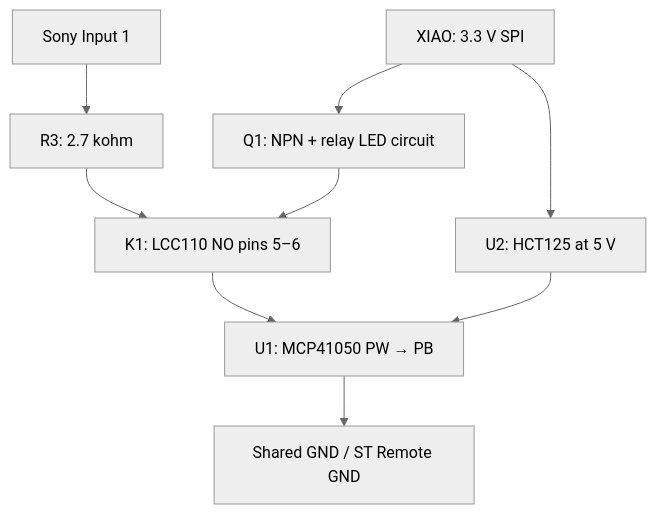
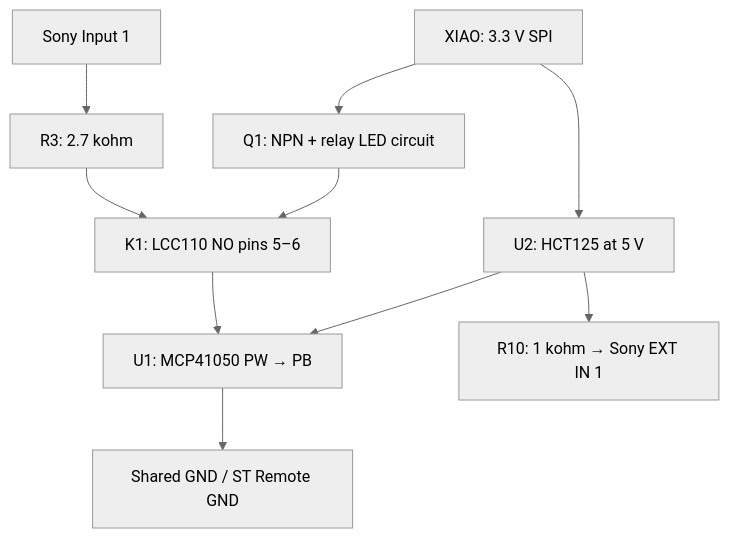
The diagram in docs/sony-interface.md (dorkusprime/miata-remote-control-knob), drawn with Mermaid (neutral theme) before and after one commit. The commit also changed other lines of this file and 18 other files, not shown here.

````diff
--- a/docs/sony-interface.md
+++ b/docs/sony-interface.md
@@ -34,11 +34,12 @@
 ```mermaid
 flowchart TD
     S["Sony Input 1"] --> R["R3: 2.7 kohm"]
     R --> K["K1: LCC110 NO pins 5–6"]
     K --> P["U1: MCP41050 PW → PB"]
     P --> G["Shared GND / ST Remote GND"]
     X["XIAO: 3.3 V SPI"] --> B["U2: HCT125 at 5 V"]
     B --> P
+    B --> C["R10: 1 kohm → Sony EXT IN 1"]
     X --> Q["Q1: NPN + relay LED circuit"]
     Q --> K
 ```
````
